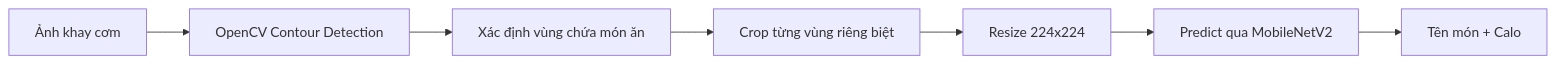
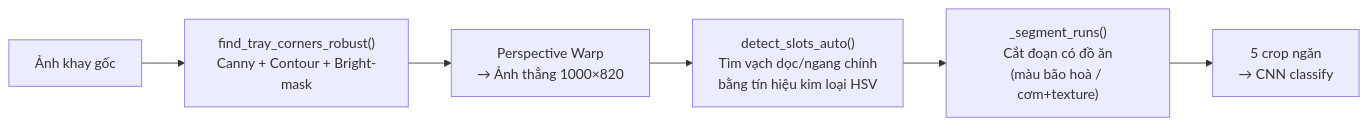
Before and after one commit to DevOpsLogistics/FoodVision-Ai: the third of 4 diagrams in README.md, drawn with Mermaid. The commit also changed other lines of this file and 79 other files, not shown here.

Commit message:
feat: Add FastAPI backend, warp-auto crop engine, 4 tray layouts, CNN retrain v2

````diff
--- a/README.md
+++ b/README.md
@@ -243,9 +132,8 @@
 ```mermaid
 graph LR
-    A["Ảnh khay cơm"] --> B["OpenCV Contour Detection"]
-    B --> C["Xác định vùng chứa món ăn"]
-    C --> D["Crop từng vùng riêng biệt"]
-    D --> E["Resize 224x224"]
-    E --> F["Predict qua MobileNetV2"]
-    F --> G["Tên món + Calo"]
+    A["Ảnh khay gốc"] --> B["find_tray_corners_robust()\nCanny + Contour + Bright-mask"]
+    B --> C["Perspective Warp\n→ Ảnh thẳng 1000×820"]
+    C --> D["detect_slots_auto()\nTìm vạch dọc/ngang chính\nbằng tín hiệu kim loại HSV"]
+    D --> E["_segment_runs()\nCắt đoạn có đồ ăn\n(màu bão hoà / cơm+texture)"]
+    E --> F["5 crop ngăn\n→ CNN classify"]
 ```
````
